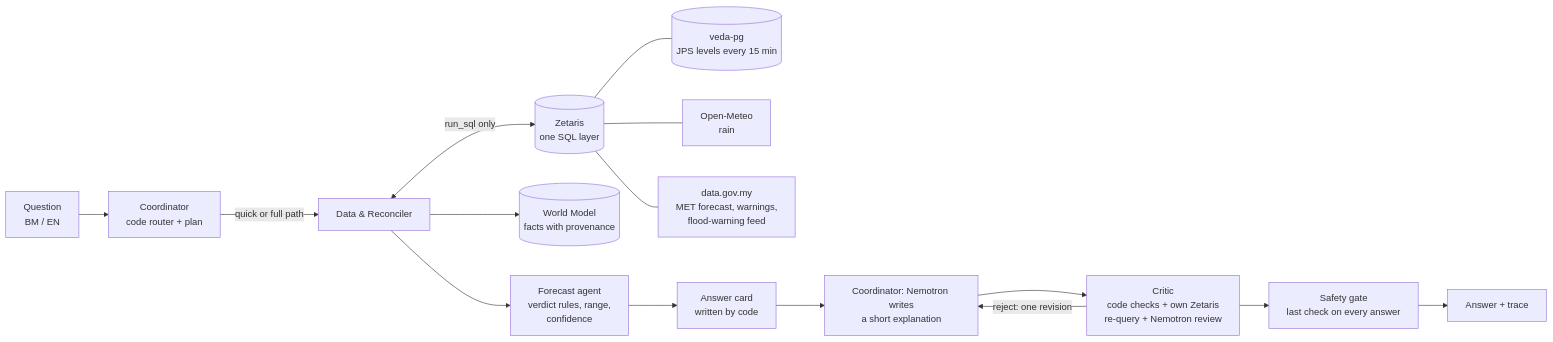
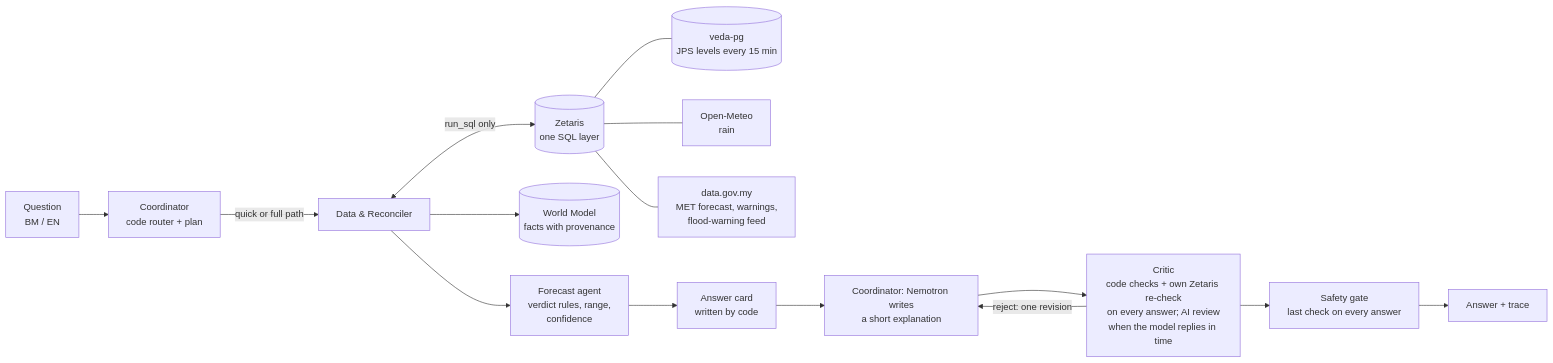
One commit to vedacool/veda-flood-kelantan changed the diagram in README.md. Above: the diagram before and after it, drawn with Mermaid. The commit also changed other lines of this file, not shown here.

Commit message:
docs: B-24 README describes the Critic honestly: code + Zetaris re-check on every answer, AI review when the model replies in time (1/10 live)

````diff
--- a/README.md
+++ b/README.md
@@ -61,17 +62,17 @@
 ```mermaid
 flowchart LR
     Q[Question<br/>BM / EN] --> C[Coordinator<br/>code router + plan]
     C -->|quick or full path| D[Data &amp; Reconciler]
     D <-->|run_sql only| Z[(Zetaris<br/>one SQL layer)]
     Z --- PG[(veda-pg<br/>JPS levels every 15 min)]
     Z --- OM[Open-Meteo<br/>rain]
     Z --- MY[data.gov.my<br/>MET forecast, warnings,<br/>flood-warning feed]
     D --> W[(World Model<br/>facts with provenance)]
     D --> F[Forecast agent<br/>verdict rules, range,<br/>confidence]
     F --> K[Answer card<br/>written by code]
     K --> N[Coordinator: Nemotron writes<br/>a short explanation]
-    N --> CR[Critic<br/>code checks + own Zetaris<br/>re-query + Nemotron review]
+    N --> CR[Critic<br/>code checks + own Zetaris re-check<br/>on every answer; AI review<br/>when the model replies in time]
     CR -->|reject: one revision| N
     CR --> S[Safety gate<br/>last check on every answer]
     S --> A[Answer + trace]
 ```
````
